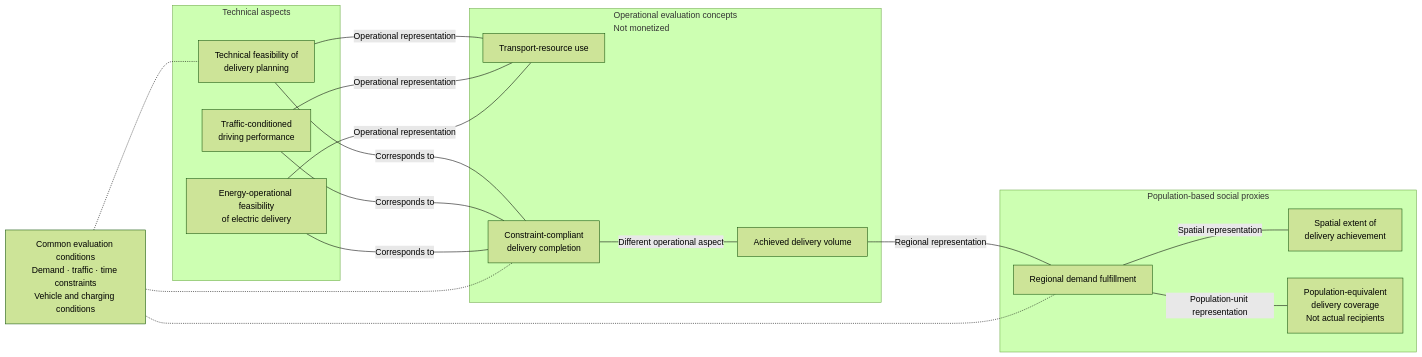
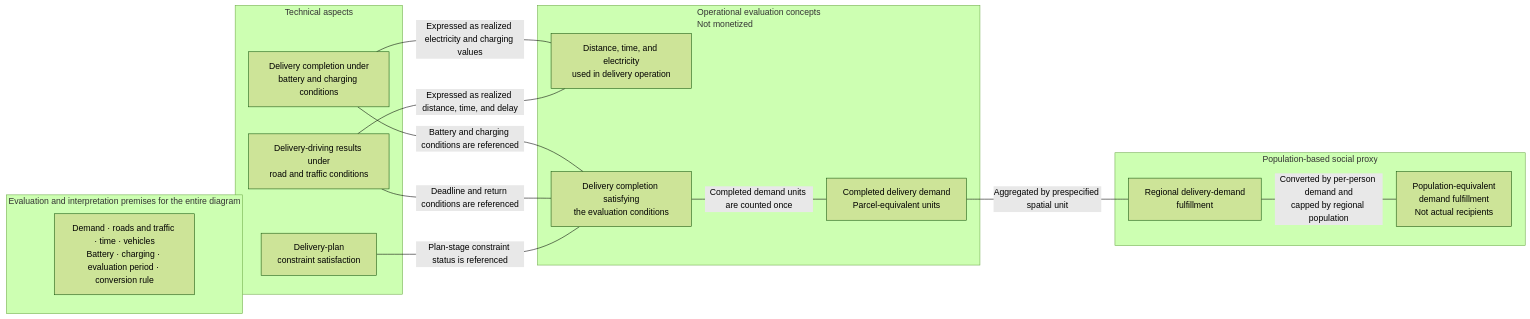
One commit to tkm-sano/kmd-analysis changed the second of 2 diagrams in README.md. Above: the diagram before and after it, drawn with Mermaid (forest theme). The commit also changed other lines of this file and 4 other files, not shown here.

Commit message:
Define delivery evaluation concept system

````diff
--- a/README.md
+++ b/README.md
@@ -114,38 +114,34 @@
 ```mermaid
 flowchart LR
-    conditions["Common evaluation conditions<br/>Demand · traffic · time constraints<br/>Vehicle and charging conditions"]
+    subgraph premises["Evaluation and interpretation premises for the entire diagram"]
+        conditions["Demand · roads and traffic · time · vehicles<br/>Battery · charging · evaluation period · conversion rule"]
+    end
 
     subgraph technical["Technical aspects"]
-        planning["Technical feasibility of<br/>delivery planning"]
-        movement["Traffic-conditioned<br/>driving performance"]
-        energy["Energy-operational feasibility<br/>of electric delivery"]
+        planning["Delivery-plan<br/>constraint satisfaction"]
+        driving["Delivery-driving results under<br/>road and traffic conditions"]
+        ev["Delivery completion under<br/>battery and charging conditions"]
     end
 
     subgraph operational["Operational evaluation concepts<br/>Not monetized"]
-        resources["Transport-resource use"]
-        completion["Constraint-compliant<br/>delivery completion"]
-        volume["Achieved delivery volume"]
+        use["Distance, time, and electricity<br/>used in delivery operation"]
+        completion["Delivery completion satisfying<br/>the evaluation conditions"]
+        amount["Completed delivery demand<br/>Parcel-equivalent units"]
     end
 
-    subgraph social["Population-based social proxies"]
-        regional["Regional demand fulfillment"]
-        spatial["Spatial extent of<br/>delivery achievement"]
-        population["Population-equivalent<br/>delivery coverage<br/>Not actual recipients"]
+    subgraph social["Population-based social proxy"]
+        regional["Regional delivery-demand<br/>fulfillment"]
+        population["Population-equivalent<br/>demand fulfillment<br/>Not actual recipients"]
     end
 
-    planning ---|Operational representation| resources
-    planning ---|Corresponds to| completion
-    movement ---|Operational representation| resources
-    movement ---|Corresponds to| completion
-    energy ---|Operational representation| resources
-    energy ---|Corresponds to| completion
+    planning ---|Plan-stage constraint status is referenced| completion
+    driving ---|Expressed as realized distance, time, and delay| use
+    driving ---|Deadline and return conditions are referenced| completion
+    ev ---|Expressed as realized electricity and charging values| use
+    ev ---|Battery and charging conditions are referenced| completion
+    completion ---|Completed demand units are counted once| amount
+    amount ---|Aggregated by prespecified spatial unit| regional
+    regional ---|Converted by per-person demand and<br/>capped by regional population| population
 
-    completion ---|Different operational aspect| volume
-    volume ---|Regional representation| regional
-    regional ---|Spatial representation| spatial
-    regional ---|Population-unit representation| population
-
-    conditions -.- planning
-    conditions -.- completion
-    conditions -.- regional
+    conditions ~~~ planning
 ```
````
